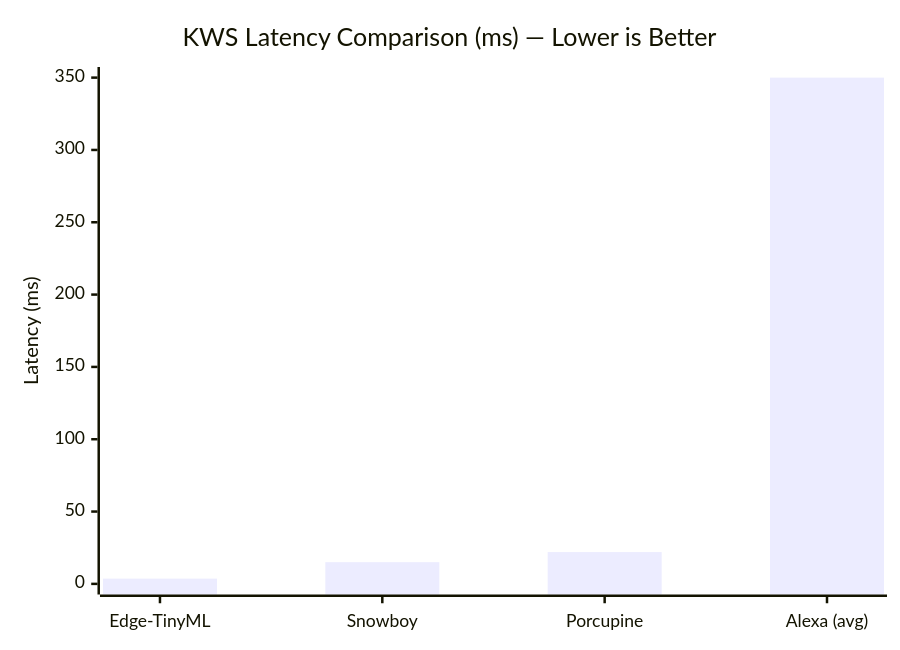
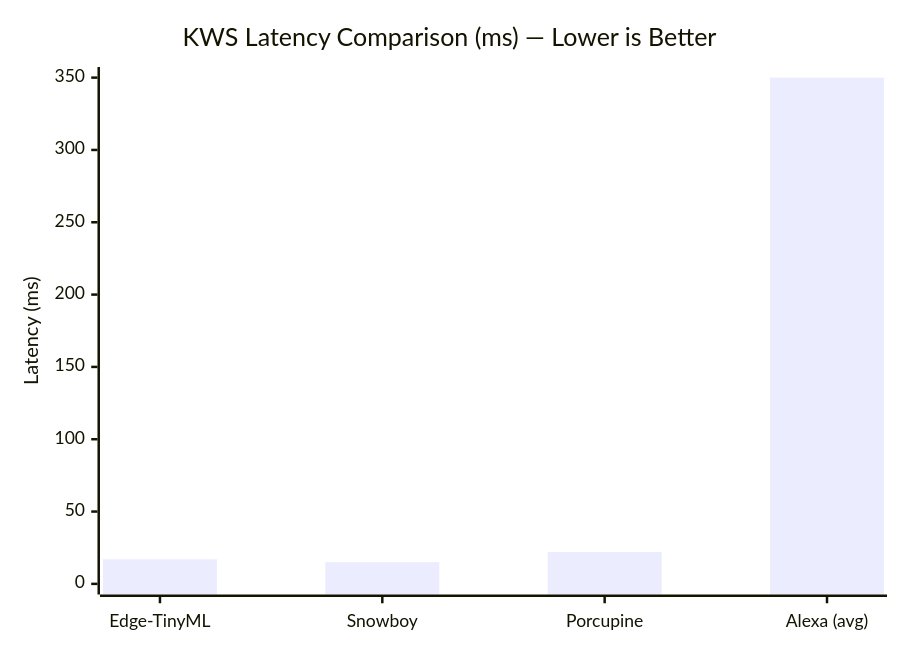
One commit to Ariyan-Pro/Edge-TinyML-Project changed the fourth of 4 diagrams in README.md. Above: the diagram before and after it, drawn with Mermaid. The commit also changed other lines of this file and 1 other file, not shown here.

````diff
--- a/README.md
+++ b/README.md
@@ -185,7 +179,7 @@
 ```mermaid
 xychart-beta
     title "KWS Latency Comparison (ms) — Lower is Better"
     x-axis ["Edge-TinyML", "Snowboy", "Porcupine", "Alexa (avg)"]
     y-axis "Latency (ms)" 0 --> 350
-    bar [3.64, 15, 22, 350]
+    bar [17, 15, 22, 350]
 ```
````
